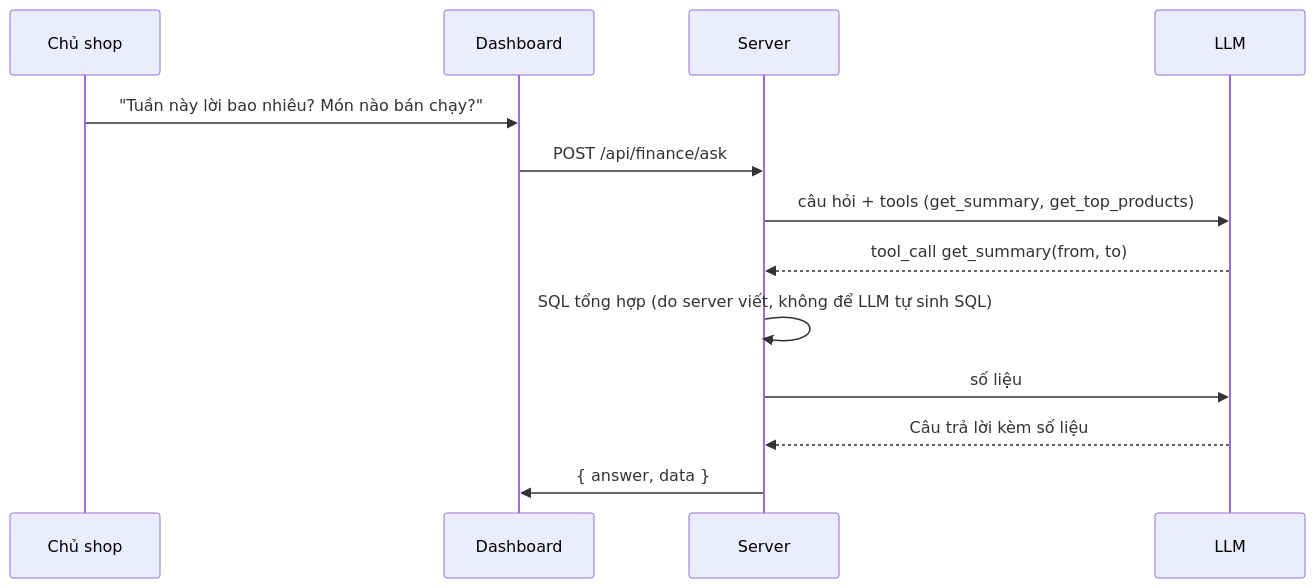
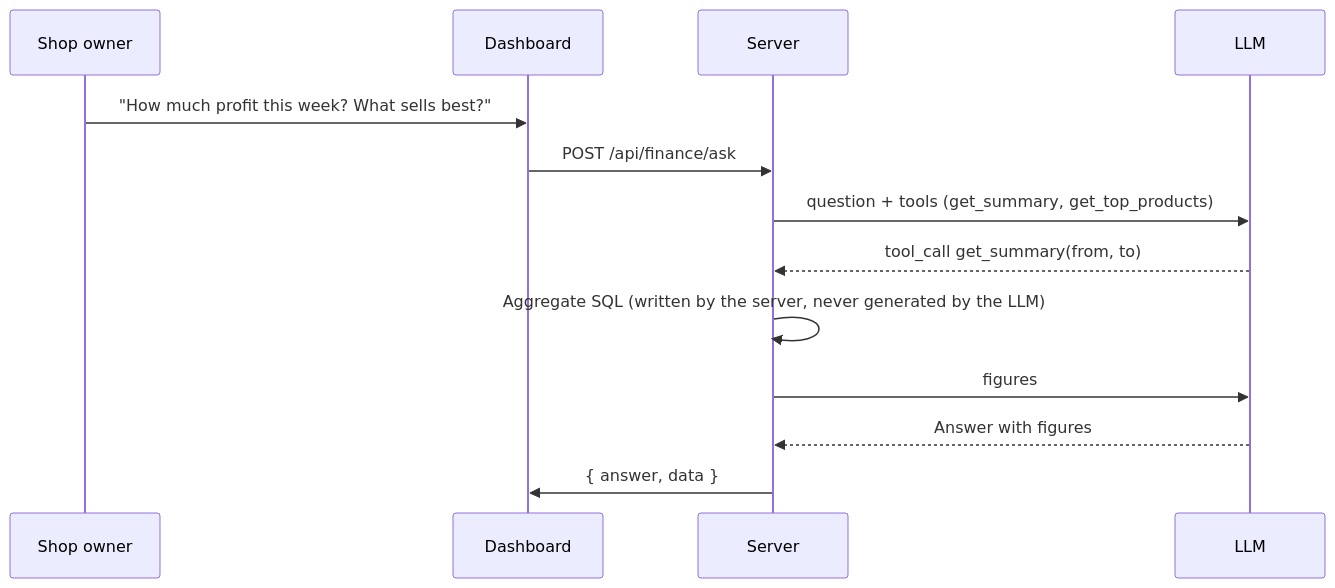
The fourth of 4 diagrams in docs/ARCHITECTURE.md (TDVien05/ai_ecommerce_assisstant), drawn with Mermaid before and after one commit. The commit also changed other lines of this file and 8 other files, not shown here.

````diff
--- a/docs/ARCHITECTURE.md
+++ b/docs/ARCHITECTURE.md
@@ -102,15 +102,15 @@
 ```mermaid
 sequenceDiagram
-  participant O as Chủ shop
+  participant O as Shop owner
   participant W as Dashboard
   participant S as Server
   participant AI as LLM
-  O->>W: "Tuần này lời bao nhiêu? Món nào bán chạy?"
+  O->>W: "How much profit this week? What sells best?"
   W->>S: POST /api/finance/ask
-  S->>AI: câu hỏi + tools (get_summary, get_top_products)
+  S->>AI: question + tools (get_summary, get_top_products)
   AI-->>S: tool_call get_summary(from, to)
-  S->>S: SQL tổng hợp (do server viết, không để LLM tự sinh SQL)
-  S->>AI: số liệu
-  AI-->>S: Câu trả lời kèm số liệu
+  S->>S: Aggregate SQL (written by the server, never generated by the LLM)
+  S->>AI: figures
+  AI-->>S: Answer with figures
   S->>W: { answer, data }
 ```
````
